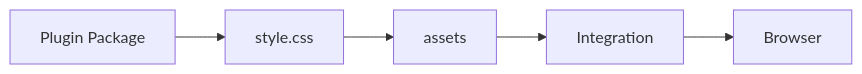
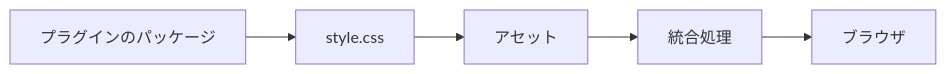
Before and after one commit to Rerurate514/riebeckite: the sixth of 11 diagrams in docs/docs/reference/plugin-api.ja.md, drawn with Mermaid. The commit also changed other lines of this file and 310 other files, not shown here.

````diff
--- a/docs/docs/reference/plugin-api.ja.md
+++ b/docs/docs/reference/plugin-api.ja.md
@@ -551,13 +499,13 @@
 ```mermaid
 flowchart LR
-    Plugin["Plugin Package"]
+    Plugin["プラグインのパッケージ"]
     CSS["style.css"]
-    Asset["assets"]
-    Integration["Integration"]
-    Browser["Browser"]
+    Asset["アセット"]
+    Integration["統合処理"]
+    Browser["ブラウザ"]
 
     Plugin --> CSS
     CSS --> Asset
     Asset --> Integration
     Integration --> Browser
 ```
````
